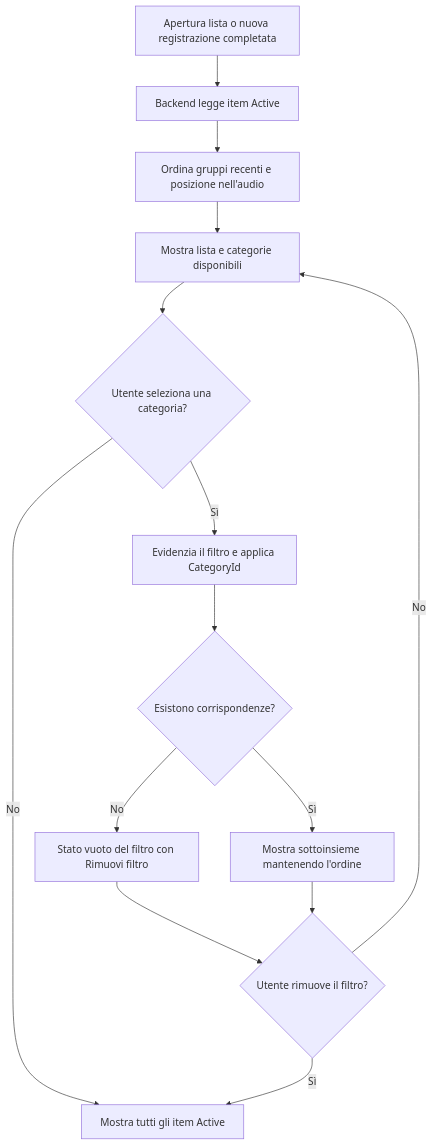
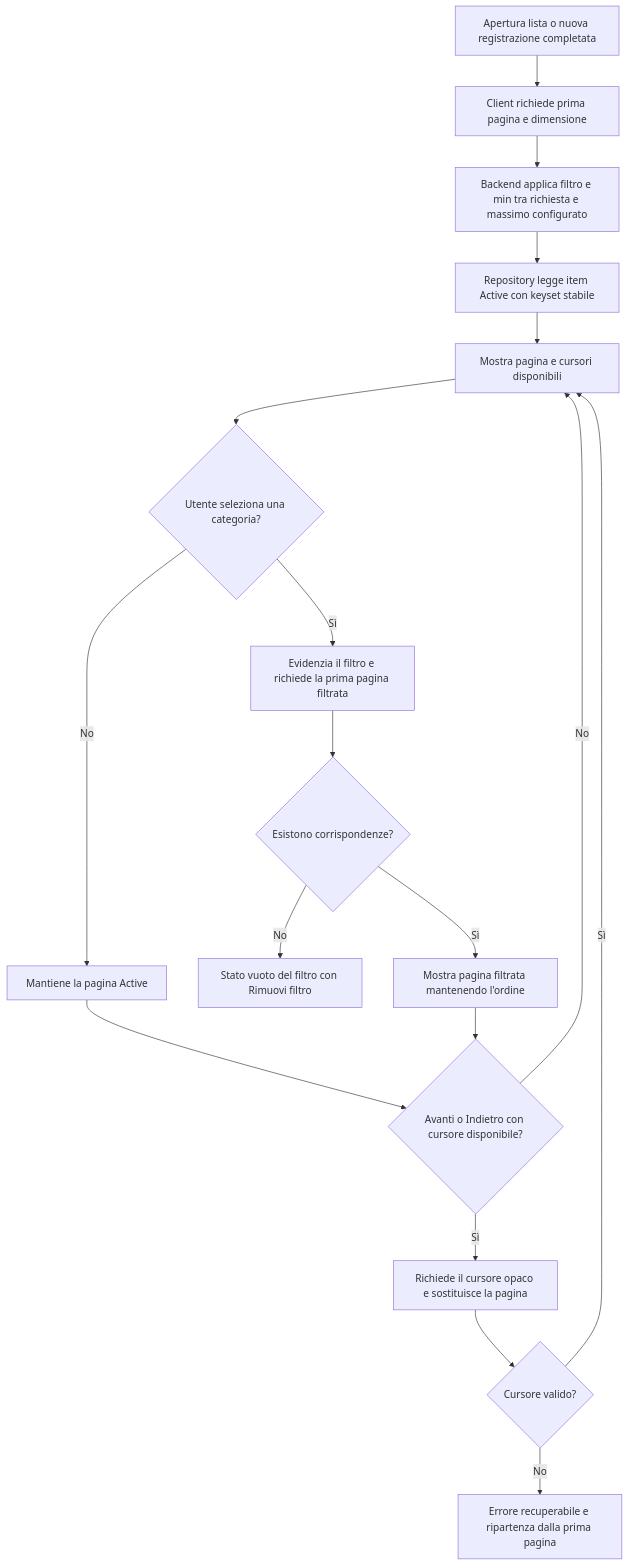
The diagram in docs/kinlist/research/tasks/active-list-filtering/research.md (martinabruni/DA.KinHub), drawn with Mermaid before and after one commit. The commit also changed other lines of this file and 17 other files, not shown here.

````diff
--- a/docs/kinlist/research/tasks/active-list-filtering/research.md
+++ b/docs/kinlist/research/tasks/active-list-filtering/research.md
@@ -91,16 +99,20 @@
 ```mermaid
 flowchart TD
-    A["Apertura lista o nuova registrazione completata"] --> B["Backend legge item Active"]
-    B --> C["Ordina gruppi recenti e posizione nell'audio"]
-    C --> D["Mostra lista e categorie disponibili"]
-    D --> E{"Utente seleziona una categoria?"}
-    E -- No --> F["Mostra tutti gli item Active"]
-    E -- Sì --> G["Evidenzia il filtro e applica CategoryId"]
-    G --> H{"Esistono corrispondenze?"}
-    H -- No --> I["Stato vuoto del filtro con Rimuovi filtro"]
-    H -- Sì --> J["Mostra sottoinsieme mantenendo l'ordine"]
-    I --> K{"Utente rimuove il filtro?"}
-    J --> K
-    K -- Sì --> F
-    K -- No --> D
+    A["Apertura lista o nuova registrazione completata"] --> B["Client richiede prima pagina e dimensione"]
+    B --> C["Backend applica filtro e min tra richiesta e massimo configurato"]
+    C --> D["Repository legge item Active con keyset stabile"]
+    D --> E["Mostra pagina e cursori disponibili"]
+    E --> F{"Utente seleziona una categoria?"}
+    F -- No --> G["Mantiene la pagina Active"]
+    F -- Sì --> H["Evidenzia il filtro e richiede la prima pagina filtrata"]
+    H --> I{"Esistono corrispondenze?"}
+    I -- No --> J["Stato vuoto del filtro con Rimuovi filtro"]
+    I -- Sì --> K["Mostra pagina filtrata mantenendo l'ordine"]
+    G --> L{"Avanti o Indietro con cursore disponibile?"}
+    K --> L
+    L -- Sì --> M["Richiede il cursore opaco e sostituisce la pagina"]
+    L -- No --> E
+    M --> N{"Cursore valido?"}
+    N -- Sì --> E
+    N -- No --> O["Errore recuperabile e ripartenza dalla prima pagina"]
 ```
````
